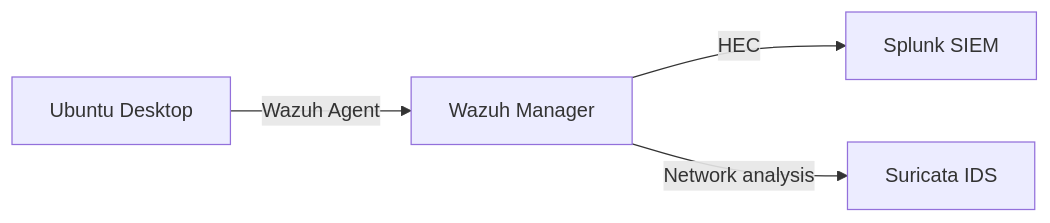
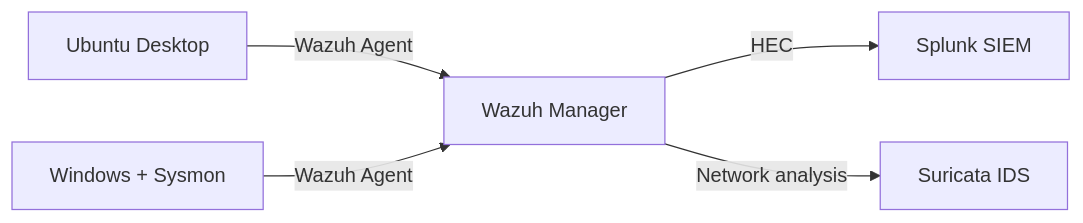
One commit to DanielBandarica02/SOC-HomeLab changed the second of 2 diagrams in README.md. Above: the diagram before and after it, drawn with Mermaid. The commit also changed other lines of this file, not shown here.

````diff
--- a/README.md
+++ b/README.md
@@ -26,6 +30,7 @@
 ```mermaid
 flowchart LR
-    A["Ubuntu Desktop"] -->|"Wazuh Agent"| B["Wazuh Manager"]
-    B -->|"HEC"| C["Splunk SIEM"]
-    B -->|"Network analysis"| D["Suricata IDS"]
+    A["Ubuntu Desktop"] -->|"Wazuh Agent"| C["Wazuh Manager"]
+    B["Windows + Sysmon"] -->|"Wazuh Agent"| C
+    C -->|"HEC"| D["Splunk SIEM"]
+    C -->|"Network analysis"| E["Suricata IDS"]
 ```
````
